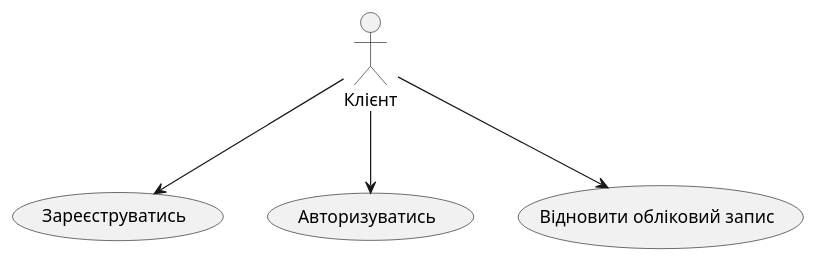
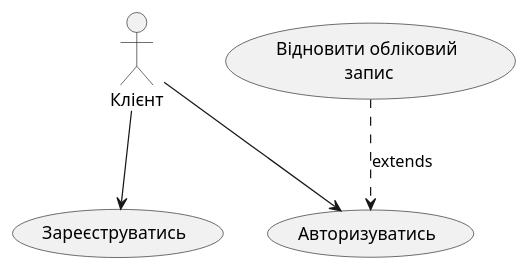
Before and after one commit to edu-db/edu_db_labs: the second of 11 diagrams in docs/use cases/README.md, drawn with PlantUML. The commit also changed other lines of this file, not shown here.

```diff
--- a/docs/use cases/README.md
+++ b/docs/use cases/README.md
@@ -36,13 +36,13 @@
 @startuml
 
     actor "Клієнт" as Client
     
     usecase "Зареєструватись" as UC_1
     usecase "Авторизуватись" as UC_2
-    usecase "Відновити обліковий запис" as UC_3
+    usecase "Відновити обліковий\n запис" as UC_3
   
 Client --> UC_1
 Client --> UC_2
-Client --> UC_3
+UC_3 ..> UC_2: extends
 
 @enduml
```
